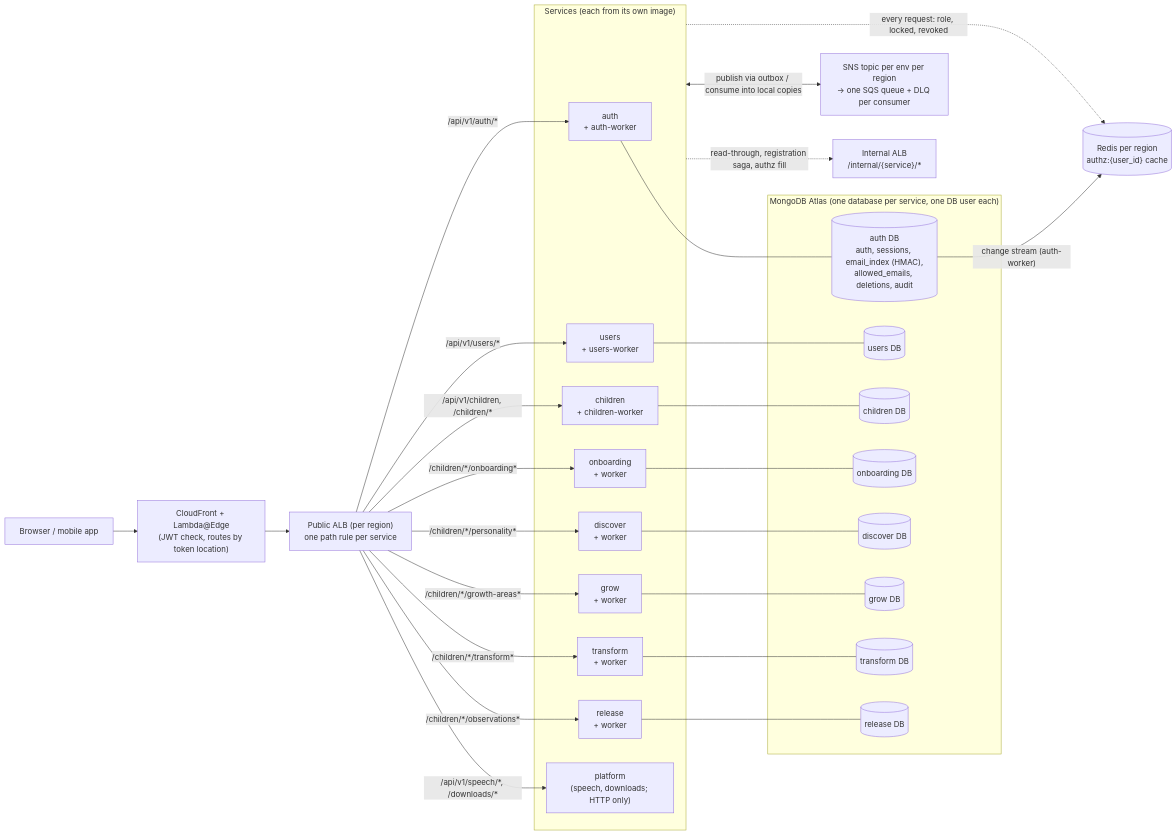
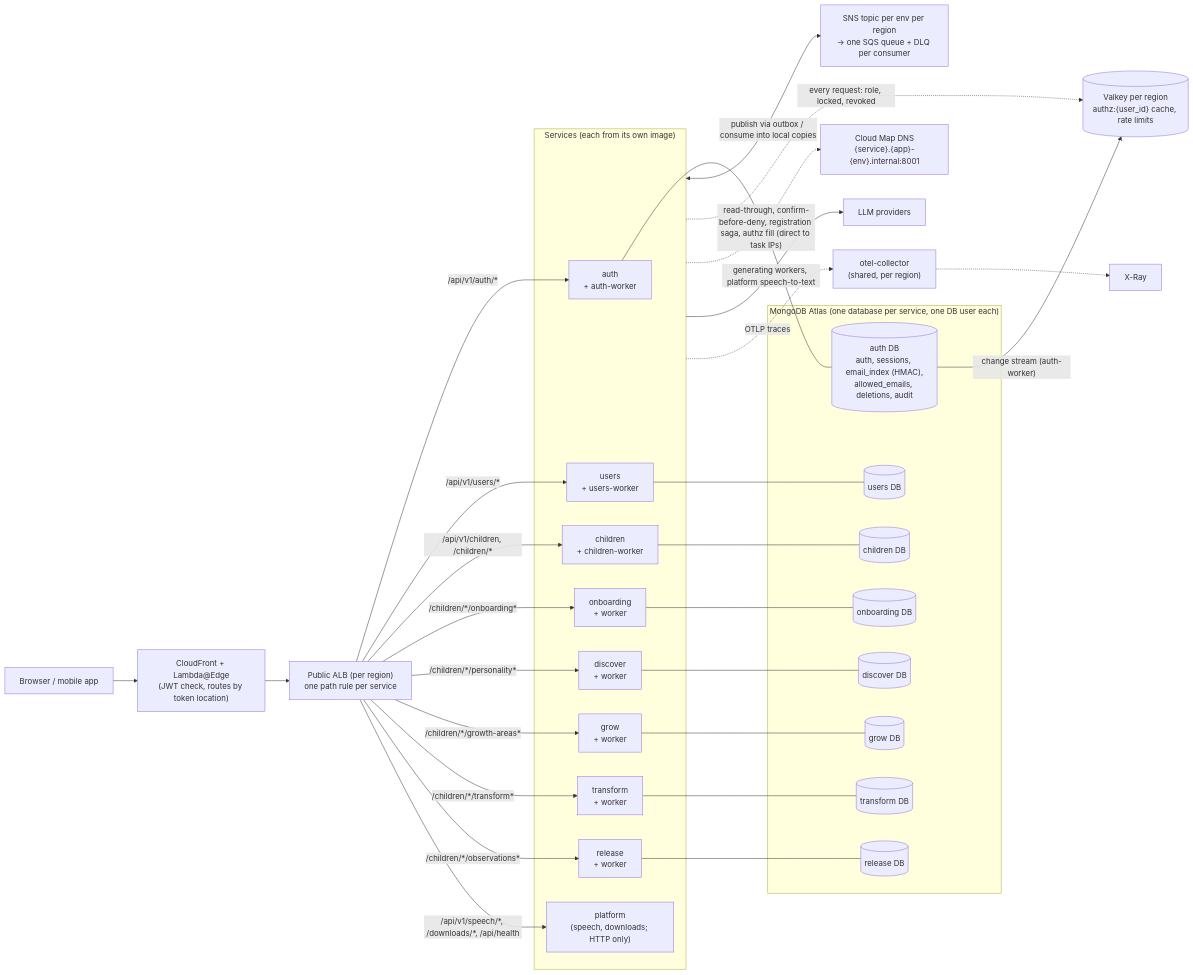
One commit to pkprincekumar7/buddy-app changed the first of 6 diagrams in docs/auth-users-split.md. Above: the diagram before and after it, drawn with Mermaid. The commit also changed other lines of this file, not shown here.

````diff
--- a/docs/auth-users-split.md
+++ b/docs/auth-users-split.md
@@ -68,56 +68,63 @@
 ```mermaid
 flowchart LR
     browser["Browser / mobile app"] --> cf["CloudFront + Lambda@Edge<br/>(JWT check, routes by token location)"]
     cf --> alb["Public ALB (per region)<br/>one path rule per service"]
 
     subgraph services["Services (each from its own image)"]
         auth["auth<br/>+ auth-worker"]
         users["users<br/>+ users-worker"]
         children["children<br/>+ children-worker"]
         onboarding["onboarding<br/>+ worker"]
         discover["discover<br/>+ worker"]
         grow["grow<br/>+ worker"]
         transform["transform<br/>+ worker"]
         release["release<br/>+ worker"]
         platform["platform<br/>(speech, downloads; HTTP only)"]
     end
 
     alb -->|"/api/v1/auth/*"| auth
     alb -->|"/api/v1/users/*"| users
     alb -->|"/api/v1/children, /children/*"| children
     alb -->|"/children/*/onboarding*"| onboarding
     alb -->|"/children/*/personality*"| discover
     alb -->|"/children/*/growth-areas*"| grow
     alb -->|"/children/*/transform*"| transform
     alb -->|"/children/*/observations*"| release
-    alb -->|"/api/v1/speech/*, /downloads/*"| platform
+    alb -->|"/api/v1/speech/*, /downloads/*, /api/health"| platform
 
     subgraph mongo["MongoDB Atlas (one database per service, one DB user each)"]
         authdb[("auth DB<br/>auth, sessions, email_index (HMAC),<br/>allowed_emails, deletions, audit")]
         usersdb[("users DB")]
         childrendb[("children DB")]
         onbdb[("onboarding DB")]
         discdb[("discover DB")]
         growdb[("grow DB")]
         transdb[("transform DB")]
         reldb[("release DB")]
     end
 
     auth --- authdb
     users --- usersdb
     children --- childrendb
     onboarding --- onbdb
     discover --- discdb
     grow --- growdb
     transform --- transdb
     release --- reldb
 
     bus["SNS topic per env per region<br/>→ one SQS queue + DLQ per consumer"]
     services <-->|"publish via outbox / consume into local copies"| bus
 
-    authdb -->|"change stream (auth-worker)"| redis[("Redis per region<br/>authz:{user_id} cache")]
+    authdb -->|"change stream (auth-worker)"| redis[("Valkey per region<br/>authz:{user_id} cache, rate limits")]
     services -.->|"every request: role, locked, revoked"| redis
 
-    ialb["Internal ALB<br/>/internal/{service}/*"]
-    services -.->|"read-through, registration saga, authz fill"| ialb
+    cmap["Cloud Map DNS<br/>{service}.{app}-{env}.internal:8001"]
+    services -.->|"read-through, confirm-before-deny, registration saga, authz fill (direct to task IPs)"| cmap
+
+    llm["LLM providers"]
+    services -->|"generating workers, platform speech-to-text"| llm
+
+    otel["otel-collector<br/>(shared, per region)"]
+    services -.->|"OTLP traces"| otel
+    otel -.-> xray["X-Ray"]
 ```
````
